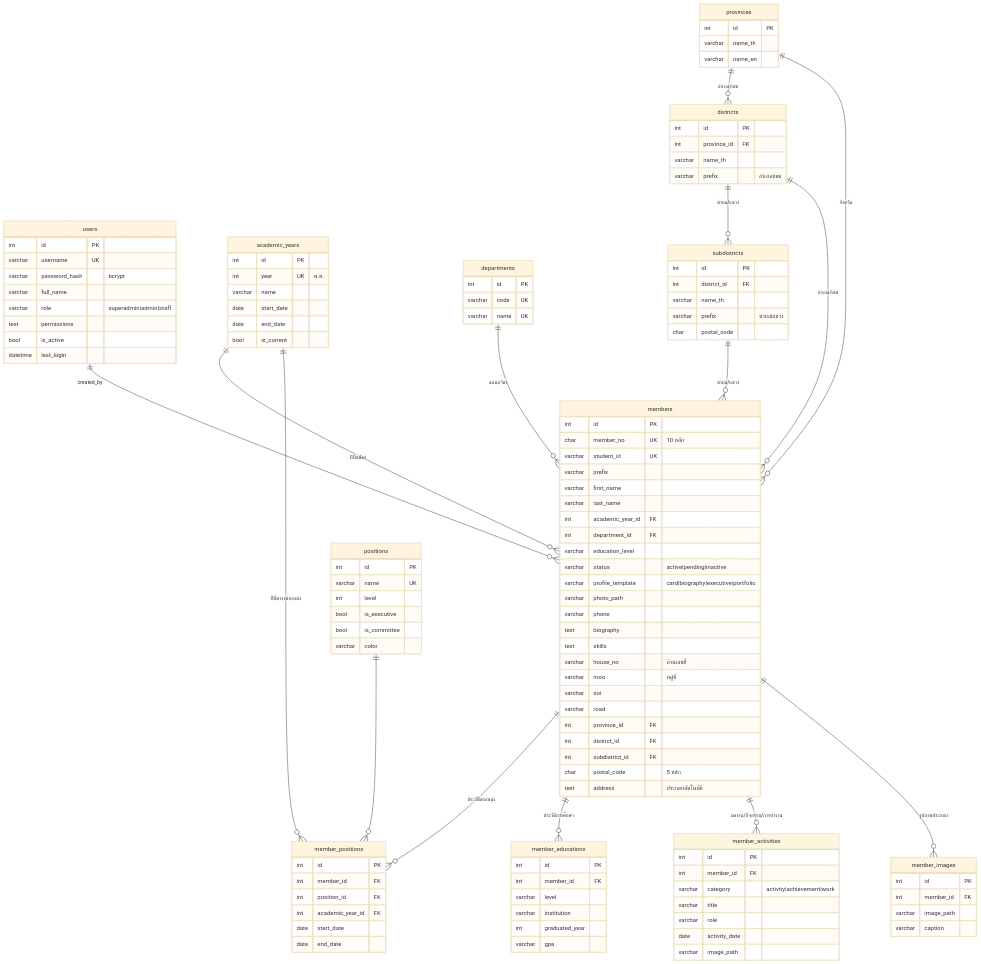
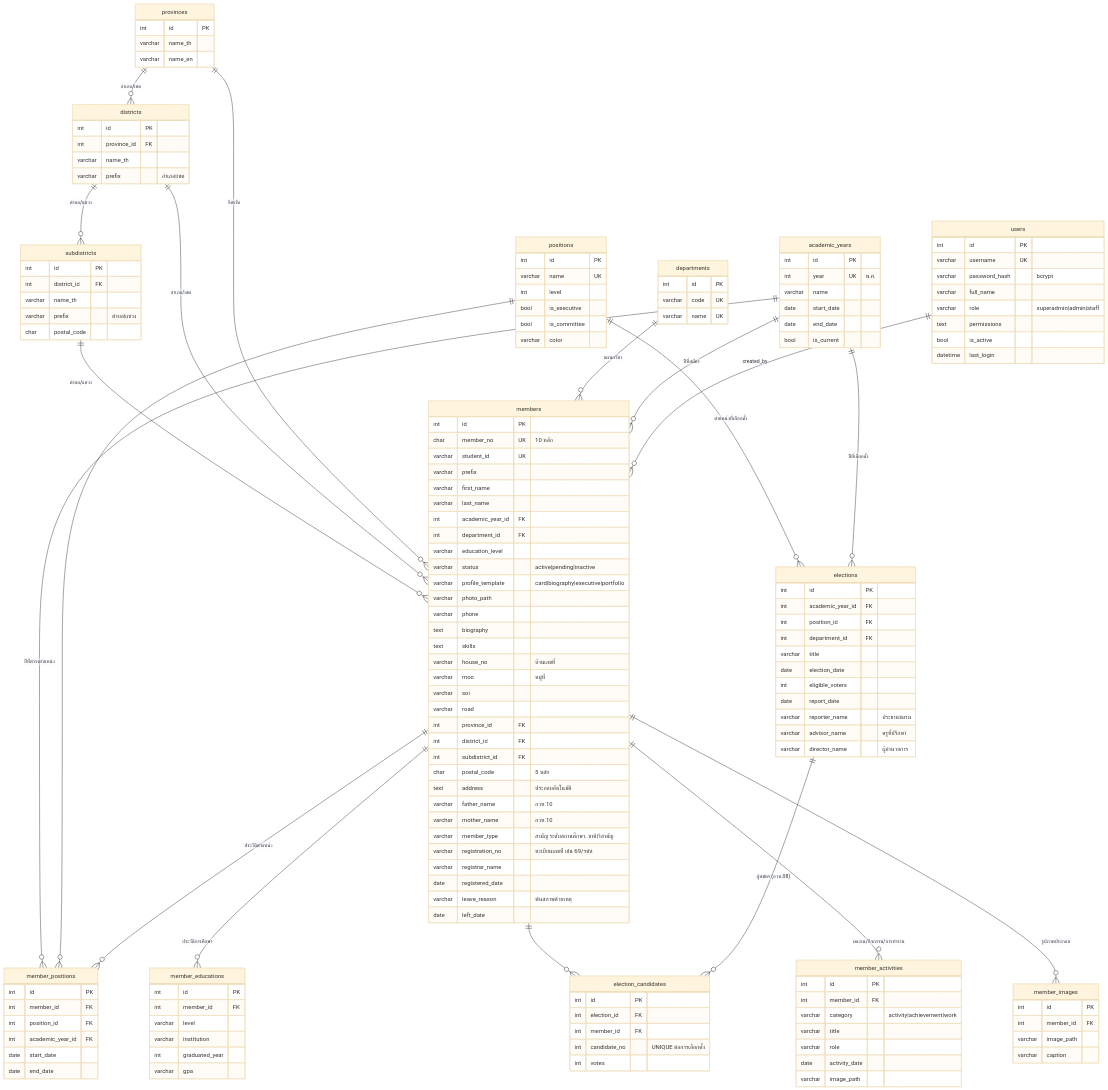
One commit to BuniDev-coding/Member-Management-Minburi-Technical-College changed the diagram in docs/ER-diagram.md. Above: the diagram before and after it, drawn with Mermaid (base theme). The commit also changed other lines of this file and 26 other files, not shown here.

```diff
--- a/docs/ER-diagram.md
+++ b/docs/ER-diagram.md
@@ -16,6 +16,10 @@
     provinces ||--o{ members : "จังหวัด"
     districts ||--o{ members : "อำเภอ/เขต"
     subdistricts ||--o{ members : "ตำบล/แขวง"
+    academic_years ||--o{ elections : "ปีที่เลือกตั้ง"
+    positions ||--o{ elections : "ตำแหน่งที่เลือกตั้ง"
+    elections ||--o{ election_candidates : "ผู้สมัคร (อวท.08)"
+    members ||--o{ election_candidates : ""
 
     users {
         int id PK
@@ -73,6 +77,34 @@
         int subdistrict_id FK
         char postal_code "5 หลัก"
         text address "ประกอบอัตโนมัติ"
+        varchar father_name "อวท.10"
+        varchar mother_name "อวท.10"
+        varchar member_type "สามัญ ระดับสถานศึกษา..ชาติ|วิสามัญ"
+        varchar registration_no "ทะเบียนเลขที่ เช่น 69/รหัส"
+        varchar registrar_name
+        date registered_date
+        varchar leave_reason "พ้นสภาพด้วยเหตุ"
+        date left_date
+    }
+    elections {
+        int id PK
+        int academic_year_id FK
+        int position_id FK
+        int department_id FK
+        varchar title
+        date election_date
+        int eligible_voters
+        date report_date
+        varchar reporter_name "ประธานชมรม"
+        varchar advisor_name "ครูที่ปรึกษา"
+        varchar director_name "ผู้อำนวยการ"
+    }
+    election_candidates {
+        int id PK
+        int election_id FK
+        int member_id FK
+        int candidate_no "UNIQUE ต่อการเลือกตั้ง"
+        int votes
     }
     provinces {
         int id PK
```
